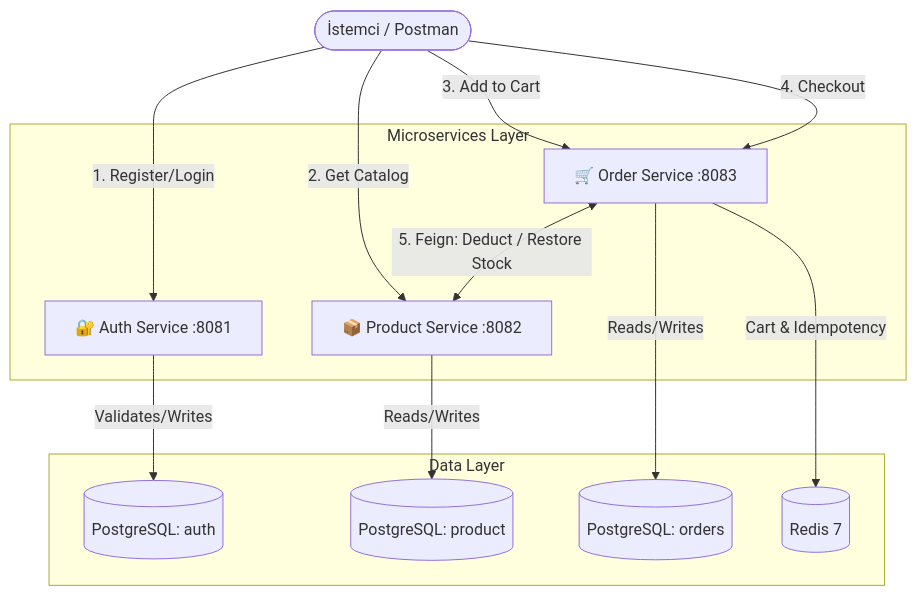
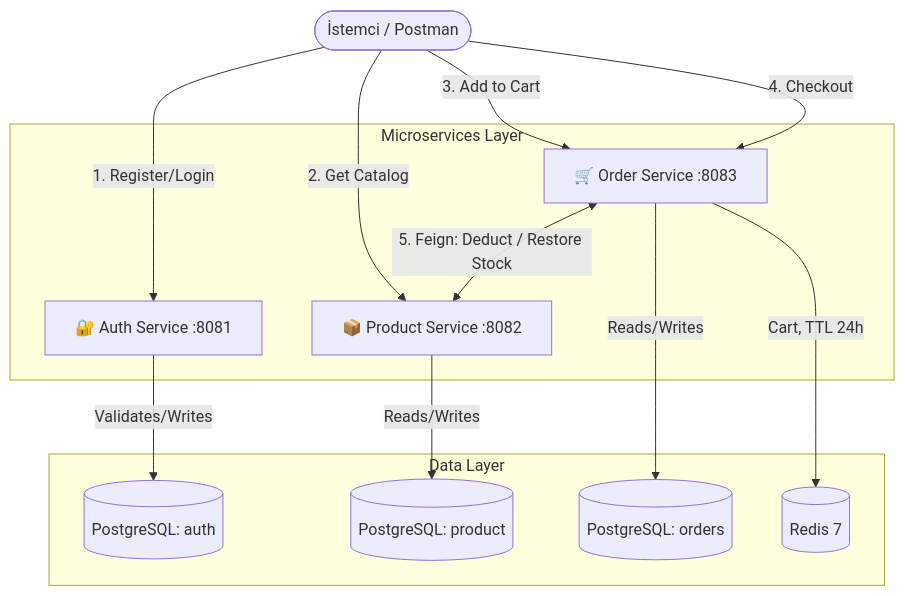
The diagram in README.md (ensar-sencan/aurora-commerce), drawn with Mermaid before and after one commit. The commit also changed other lines of this file, not shown here.

````diff
--- a/README.md
+++ b/README.md
@@ -18,29 +19,29 @@
 ```mermaid
 graph TD
     Client([İstemci / Postman])
 
     subgraph Microservices Layer
         Auth[🔐 Auth Service :8081]
         Product[📦 Product Service :8082]
         Order[🛒 Order Service :8083]
     end
 
     subgraph Data Layer
         DB_Auth[(PostgreSQL: auth)]
         DB_Prod[(PostgreSQL: product)]
         DB_Ord[(PostgreSQL: orders)]
         Redis[(Redis 7)]
     end
 
     Client -->|1. Register/Login| Auth
     Client -->|2. Get Catalog| Product
     Client -->|3. Add to Cart| Order
     Client -->|4. Checkout| Order
 
     Auth -->|Validates/Writes| DB_Auth
     Product -->|Reads/Writes| DB_Prod
     Order -->|Reads/Writes| DB_Ord
 
-    Order -->|Cart & Idempotency| Redis
+    Order -->|Cart, TTL 24h| Redis
     Order <-->|5. Feign: Deduct / Restore Stock| Product
 ```
````
